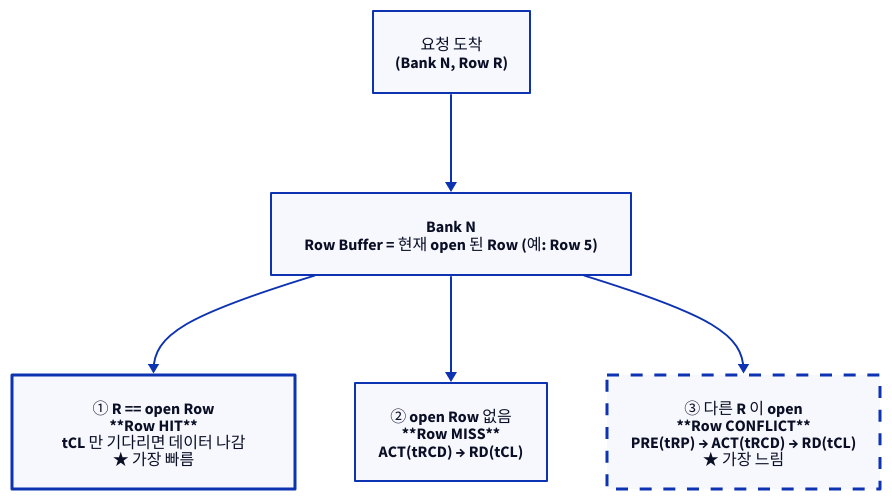
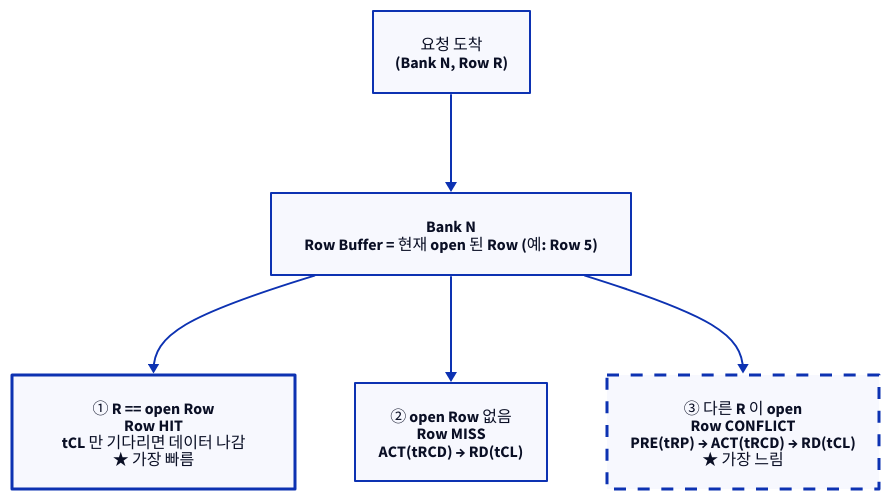
The first of 5 diagrams in starlight_site/src/content/docs/dram_ddr/01_dram_fundamentals_ddr.md (humbleowl39/DV_SKOOL), drawn with D2 before and after one commit. The commit also changed 714 other files, not shown here.

First line of the commit message:
fix(site): d2 다이어그램 가독성 결함 6종 일괄 수정

````diff
--- a/starlight_site/src/content/docs/dram_ddr/01_dram_fundamentals_ddr.md
+++ b/starlight_site/src/content/docs/dram_ddr/01_dram_fundamentals_ddr.md
@@ -70,13 +70,13 @@
 ```d2
 direction: down
 
 REQ: "요청 도착\n(Bank N, Row R)"
 BANK: "Bank N\nRow Buffer = 현재 open 된 Row (예: Row 5)"
 REQ -> BANK
-HIT: "① R == open Row\n**Row HIT**\ntCL 만 기다리면 데이터 나감\n★ 가장 빠름" { style.stroke-width: 3 }
+HIT: "① R == open Row\nRow HIT\ntCL 만 기다리면 데이터 나감\n★ 가장 빠름" { style.stroke-width: 3 }
 BANK -> HIT
-MISS: "② open Row 없음\n**Row MISS**\nACT(tRCD) → RD(tCL)"
+MISS: "② open Row 없음\nRow MISS\nACT(tRCD) → RD(tCL)"
 BANK -> MISS
-CONF: "③ 다른 R 이 open\n**Row CONFLICT**\nPRE(tRP) → ACT(tRCD) → RD(tCL)\n★ 가장 느림" { style.stroke-width: 3; style.stroke-dash: 4 }
+CONF: "③ 다른 R 이 open\nRow CONFLICT\nPRE(tRP) → ACT(tRCD) → RD(tCL)\n★ 가장 느림" { style.stroke-width: 3; style.stroke-dash: 4 }
 BANK -> CONF
 ```
````
